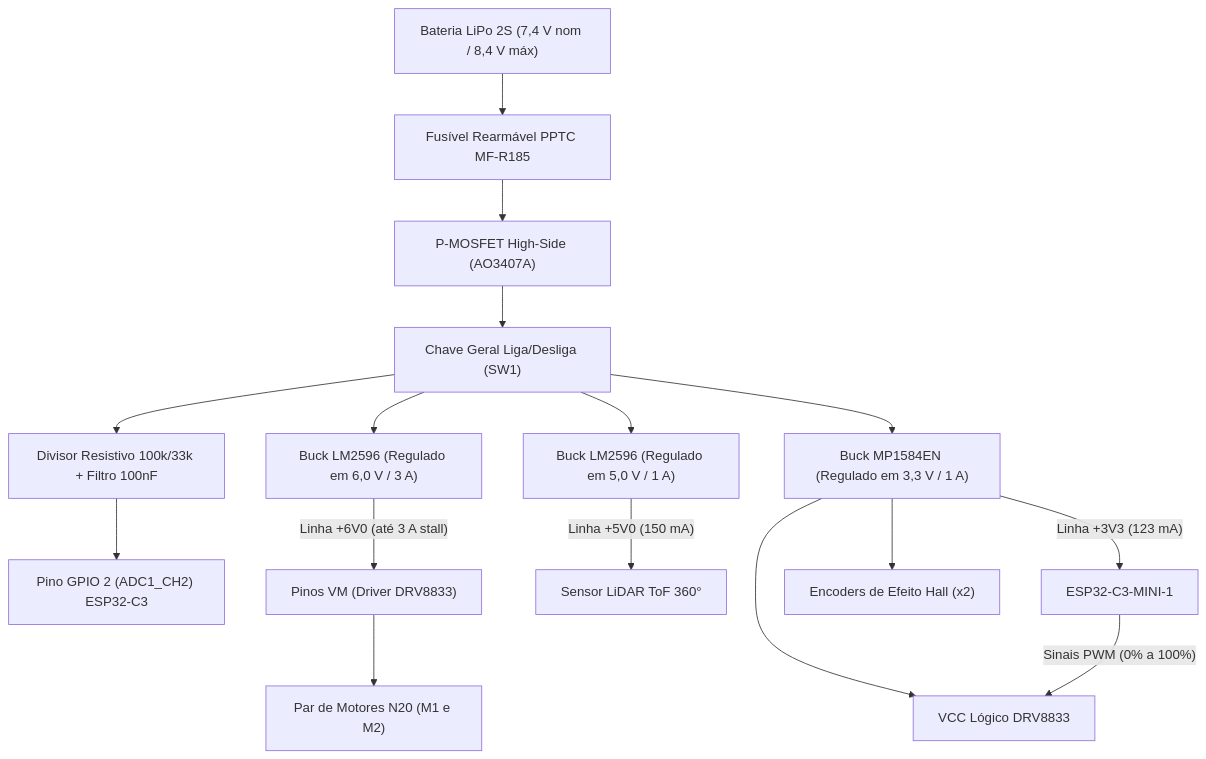
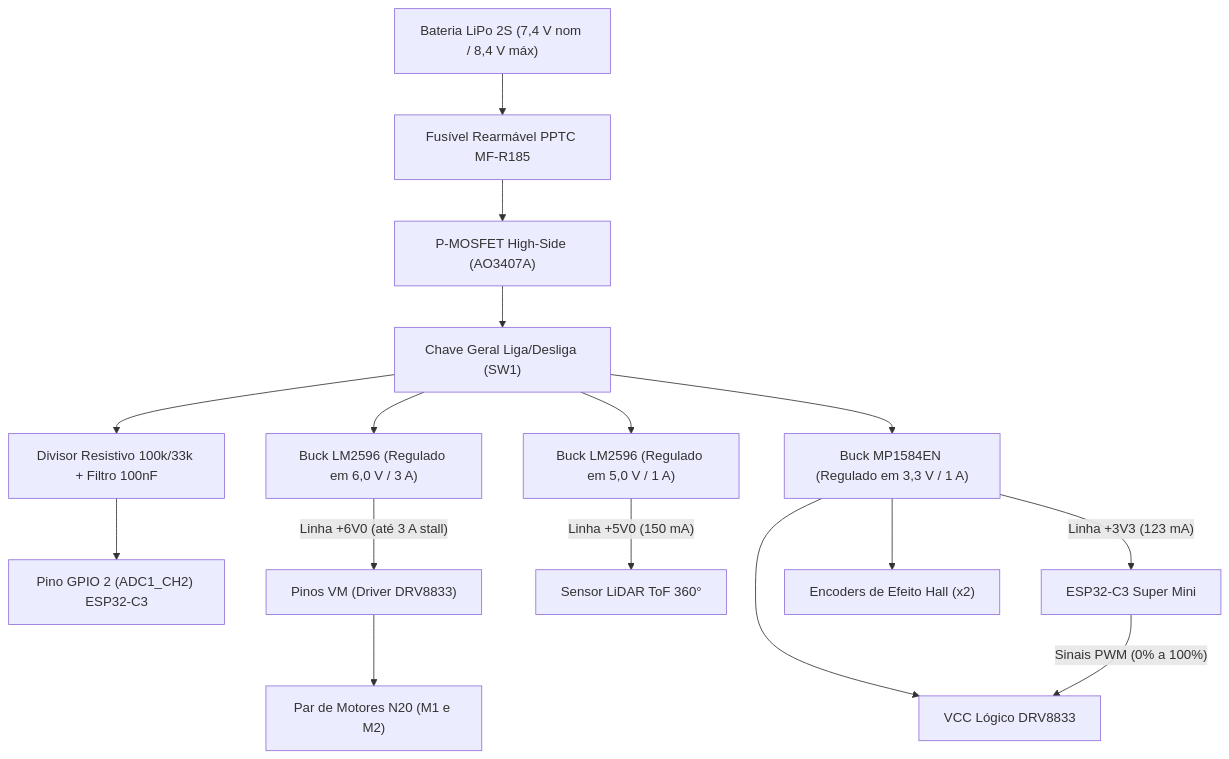
Before and after one commit to fcte-pi1/2026_2_PI1_Grupo01_Hilmer: the diagram in docs/04-projeto-conceitual/energia/reguladores-buck.md, drawn with Mermaid. The commit also changed other lines of this file and 1 other file, not shown here.

Commit message:
Corrige o nome da placa para ESP32-C3 Super Mini nos documentos de energia

````diff
--- a/docs/04-projeto-conceitual/energia/reguladores-buck.md
+++ b/docs/04-projeto-conceitual/energia/reguladores-buck.md
@@ -144,24 +144,24 @@
 ```mermaid
 flowchart TD
     BAT["Bateria LiPo 2S (7,4 V nom / 8,4 V máx)"] --> FUSE["Fusível Rearmável PPTC MF-R185"]
     FUSE --> PMOS["P-MOSFET High-Side (AO3407A)"]
     PMOS --> SW1["Chave Geral Liga/Desliga (SW1)"]
     
     SW1 --> DIV["Divisor Resistivo 100k/33k + Filtro 100nF"]
     DIV --> ADC["Pino GPIO 2 (ADC1_CH2) ESP32-C3"]
 
     SW1 --> BUCK_6V["Buck LM2596 (Regulado em 6,0 V / 3 A)"]
     SW1 --> BUCK_5V["Buck LM2596 (Regulado em 5,0 V / 1 A)"]
     SW1 --> BUCK_3V3["Buck MP1584EN (Regulado em 3,3 V / 1 A)"]
 
     BUCK_6V -->|"Linha +6V0 (até 3 A stall)"| DRV_VM["Pinos VM (Driver DRV8833)"]
     DRV_VM --> MOTORES["Par de Motores N20 (M1 e M2)"]
 
     BUCK_5V -->|"Linha +5V0 (150 mA)"| LIDAR["Sensor LiDAR ToF 360°"]
 
-    BUCK_3V3 -->|"Linha +3V3 (123 mA)"| MCU["ESP32-C3-MINI-1"]
+    BUCK_3V3 -->|"Linha +3V3 (123 mA)"| MCU["ESP32-C3 Super Mini"]
     BUCK_3V3 --> ENCODERS["Encoders de Efeito Hall (x2)"]
     BUCK_3V3 --> DRV_LOGIC["VCC Lógico DRV8833"]
 
     MCU -->|"Sinais PWM (0% a 100%)"| DRV_LOGIC
 ```
````
